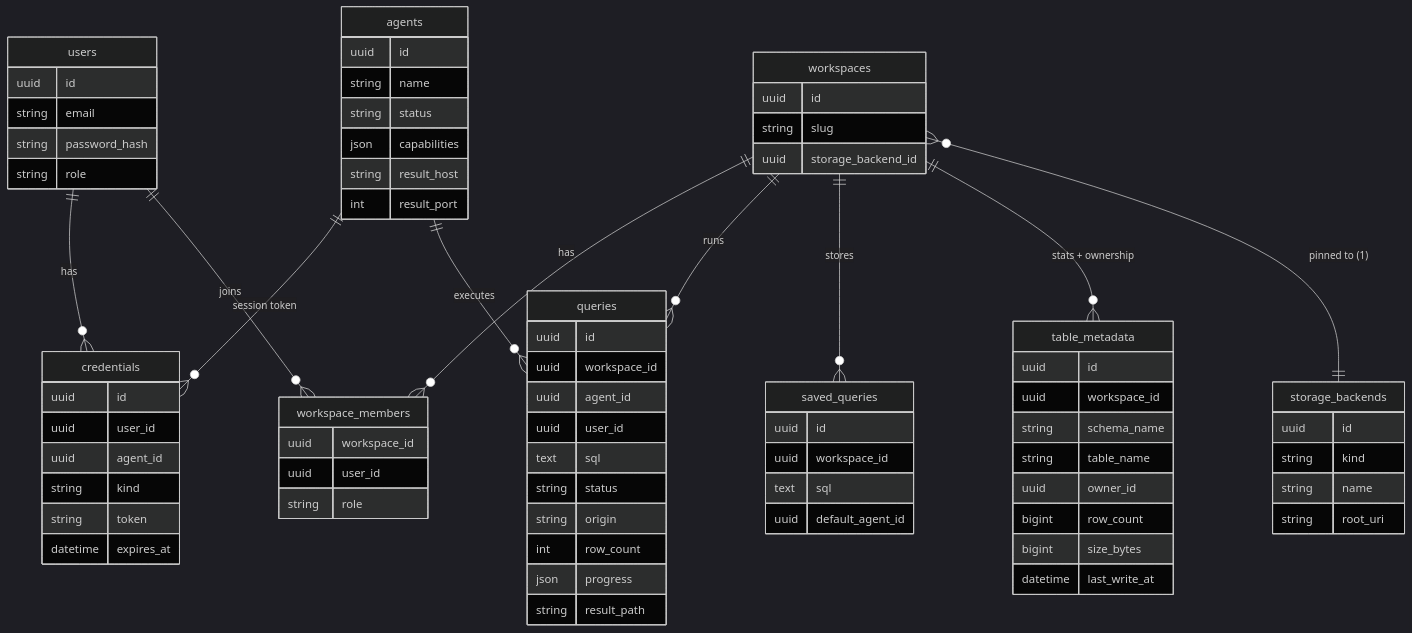
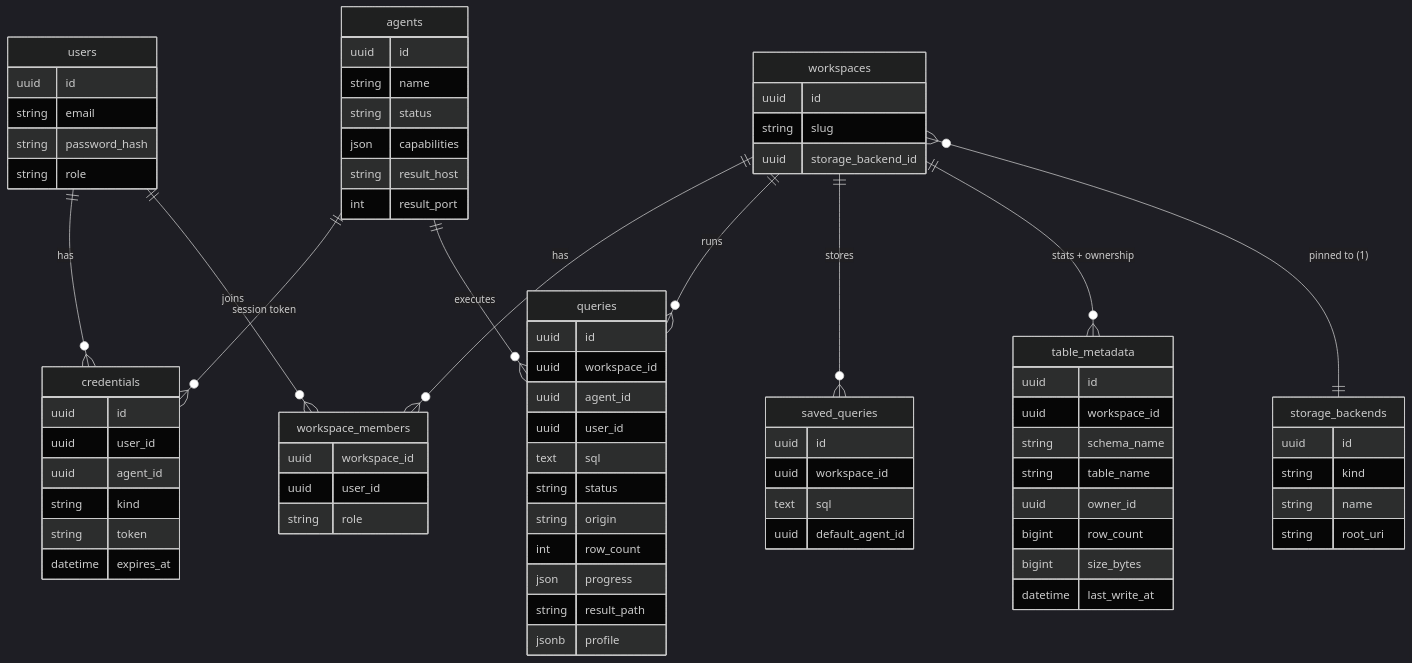
The second of 4 diagrams in docs/ARCHITECTURE.md (tamasmrtn/duckhaven), drawn with Mermaid (dark theme) before and after one commit. The commit also changed other lines of this file and 3 other files, not shown here.

````diff
--- a/docs/ARCHITECTURE.md
+++ b/docs/ARCHITECTURE.md
@@ -313,79 +318,80 @@
 ```mermaid
 erDiagram
     users ||--o{ credentials : has
     users ||--o{ workspace_members : joins
     workspaces ||--o{ workspace_members : has
     workspaces ||--o{ queries : runs
     workspaces ||--o{ saved_queries : stores
     workspaces ||--o{ table_metadata : "stats + ownership"
     workspaces }o--|| storage_backends : "pinned to (1)"
     agents ||--o{ credentials : "session token"
     agents ||--o{ queries : executes
 
     users {
         uuid id
         string email
         string password_hash
         string role
     }
     credentials {
         uuid id
         uuid user_id
         uuid agent_id
         string kind
         string token
         datetime expires_at
     }
     workspaces {
         uuid id
         string slug
         uuid storage_backend_id
     }
     workspace_members {
         uuid workspace_id
         uuid user_id
         string role
     }
     storage_backends {
         uuid id
         string kind
         string name
         string root_uri
     }
     agents {
         uuid id
         string name
         string status
         json capabilities
         string result_host
         int result_port
     }
     queries {
         uuid id
         uuid workspace_id
         uuid agent_id
         uuid user_id
         text sql
         string status
         string origin
         int row_count
         json progress
         string result_path
+        jsonb profile
     }
     saved_queries {
         uuid id
         uuid workspace_id
         text sql
         uuid default_agent_id
     }
     table_metadata {
         uuid id
         uuid workspace_id
         string schema_name
         string table_name
         uuid owner_id
         bigint row_count
         bigint size_bytes
         datetime last_write_at
     }
 ```
````
